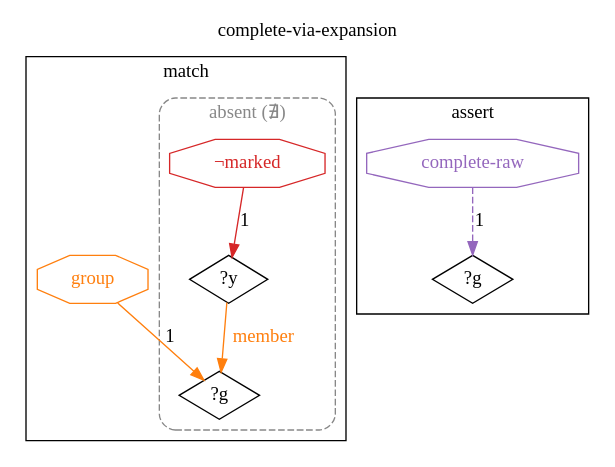
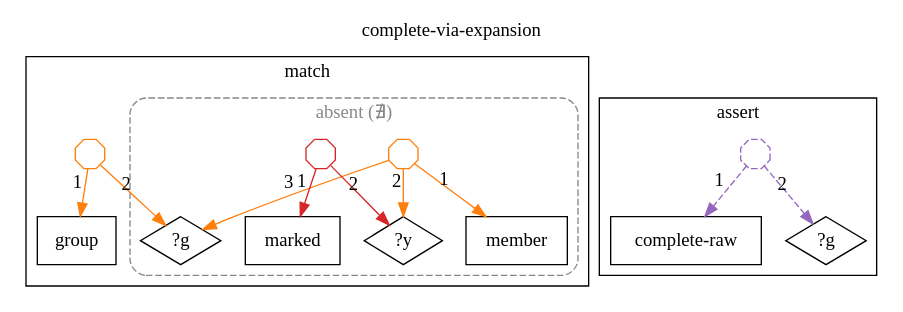
Before and after one commit to agutikov/ein: the diagram in docs/ein/user/04-reference/04-stdlib/diagrams/01-rule-complete-via-expansion.dot, drawn with Graphviz. The commit also changed 254 other files, not shown here.

```diff
--- a/docs/ein/user/04-reference/04-stdlib/diagrams/01-rule-complete-via-expansion.dot
+++ b/docs/ein/user/04-reference/04-stdlib/diagrams/01-rule-complete-via-expansion.dot
@@ -1,21 +1,31 @@
 digraph rule_complete_via_expansion_lhs_rhs {
   rankdir=TB;
   label="complete-via-expansion"; labelloc=t;
   subgraph cluster_lhs { label="match";
+    "group_L" [label="group", shape=box];
     "?g_L" [label="?g", shape=diamond];
-    "h1_group_L" [shape=octagon, label="group", color="#ff7f0e", fontcolor="#ff7f0e"];
-    "h1_group_L" -> "?g_L" [label="1", color="#ff7f0e"];
+    "h1_group_L" [shape=octagon, label="", width=0.3, height=0.3, fixedsize=true, color="#ff7f0e"];
+    "h1_group_L" -> "group_L" [xlabel="1", color="#ff7f0e"];
+    "h1_group_L" -> "?g_L" [xlabel="2", color="#ff7f0e"];
     subgraph cluster_absent_L_0 {
       label="absent (∄)"; style="dashed,rounded"; color="#888888"; fontcolor="#888888";
+      "member_L" [label="member", shape=box];
       "?y_L" [label="?y", shape=diamond];
-      "?y_L" -> "?g_L" [label="member", color="#ff7f0e", fontcolor="#ff7f0e"];
-      "h2_marked_L" [shape=octagon, label="¬marked", color="#d62728", fontcolor="#d62728"];
-      "h2_marked_L" -> "?y_L" [label="1", color="#d62728"];
+      "marked_L" [label="marked", shape=box];
+      "h2_member_L" [shape=octagon, label="", width=0.3, height=0.3, fixedsize=true, color="#ff7f0e"];
+      "h2_member_L" -> "member_L" [xlabel="1", color="#ff7f0e"];
+      "h2_member_L" -> "?y_L" [xlabel="2", color="#ff7f0e"];
+      "h2_member_L" -> "?g_L" [xlabel="3", color="#ff7f0e"];
+      "h3_marked_L" [shape=octagon, label="", width=0.3, height=0.3, fixedsize=true, color="#d62728"];
+      "h3_marked_L" -> "marked_L" [xlabel="1", color="#d62728"];
+      "h3_marked_L" -> "?y_L" [xlabel="2", color="#d62728"];
     }
   }
   subgraph cluster_rhs { label="assert";
+    "complete-raw_R" [label="complete-raw", shape=box];
     "?g_R" [label="?g", shape=diamond];
-    "h3_complete-raw_R" [shape=octagon, label="complete-raw", color="#9467bd", fontcolor="#9467bd"];
-    "h3_complete-raw_R" -> "?g_R" [label="1", color="#9467bd", style=dashed];
+    "h4_complete-raw_R" [shape=octagon, label="", width=0.3, height=0.3, fixedsize=true, color="#9467bd", style=dashed];
+    "h4_complete-raw_R" -> "complete-raw_R" [xlabel="1", color="#9467bd", style=dashed];
+    "h4_complete-raw_R" -> "?g_R" [xlabel="2", color="#9467bd", style=dashed];
   }
 }
```
